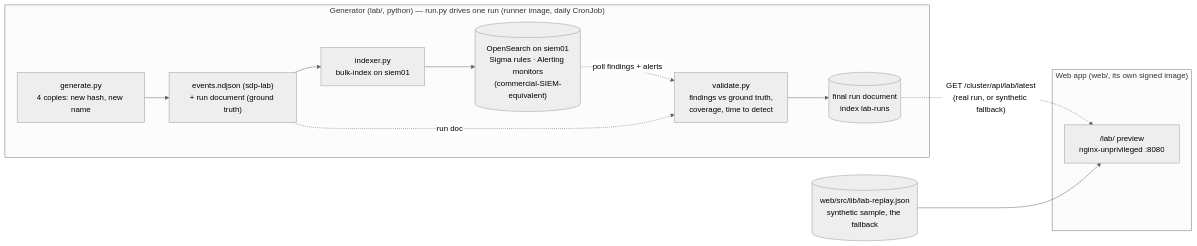
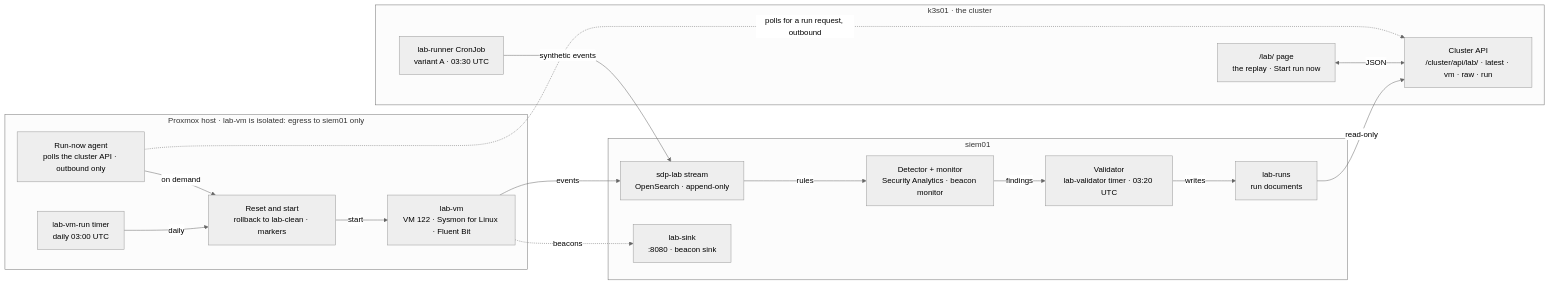
One commit to HubertMJ/detection-lab changed the diagram in README.md. Above: the diagram before and after it, drawn with Mermaid (neutral theme). The commit also changed other lines of this file and 12 other files, not shown here.

````diff
--- a/README.md
+++ b/README.md
@@ -25,16 +27,33 @@
 ```mermaid
 flowchart LR
-    subgraph GEN["Generator (lab/, python) — run.py drives one run (runner image, daily CronJob)"]
-        G["generate.py<br/>4 copies: new hash, new name"] --> EV["events.ndjson (sdp-lab)<br/>+ run document (ground truth)"]
-        EV --> IDX["indexer.py<br/>bulk-index on siem01"]
-        IDX --> OS[("OpenSearch on siem01<br/>Sigma rules · Alerting monitors<br/>(commercial-SIEM-equivalent)")]
-        OS -. "poll findings + alerts" .-> VAL["validate.py<br/>findings vs ground truth,<br/>coverage, time to detect"]
-        EV -. run doc .-> VAL
-        VAL --> RUN[("final run document<br/>index lab-runs")]
+    subgraph k3s["k3s01 · the cluster"]
+        runner["lab-runner CronJob<br/>variant A · 03:30 UTC"]
+        page["/lab/ page<br/>the replay · Start run now"]
+        api["Cluster API<br/>/cluster/api/lab/ · latest · vm · raw · run"]
     end
-    subgraph WEB["Web app (web/, its own signed image)"]
-        PAGE["/lab/ preview<br/>nginx-unprivileged :8080"]
+    subgraph pve["Proxmox host · lab-vm is isolated: egress to siem01 only"]
+        timer["lab-vm-run timer<br/>daily 03:00 UTC"]
+        agent["Run-now agent<br/>polls the cluster API · outbound only"]
+        reset["Reset and start<br/>rollback to lab-clean · markers"]
+        vm["lab-vm<br/>VM 122 · Sysmon for Linux · Fluent Bit"]
     end
-    RUN -. "GET /cluster/api/lab/latest<br/>(real run, or synthetic fallback)" .-> PAGE
-    SAMPLE[("web/src/lib/lab-replay.json<br/>synthetic sample, the fallback")] --> PAGE
+    subgraph siem["siem01"]
+        stream["sdp-lab stream<br/>OpenSearch · append-only"]
+        sink["lab-sink<br/>:8080 · beacon sink"]
+        detector["Detector + monitor<br/>Security Analytics · beacon monitor"]
+        validator["Validator<br/>lab-validator timer · 03:20 UTC"]
+        runs["lab-runs<br/>run documents"]
+    end
+    timer -- "daily" --> reset
+    agent -- "on demand" --> reset
+    reset -- "start" --> vm
+    vm -- "events" --> stream
+    vm -. "beacons" .-> sink
+    runner -- "synthetic events" --> stream
+    stream -- "rules" --> detector
+    detector -- "findings" --> validator
+    validator -- "writes" --> runs
+    runs -- "read-only" --> api
+    page <-- "JSON" --> api
+    agent -. "polls for a run request, outbound" .-> api
 ```
````
